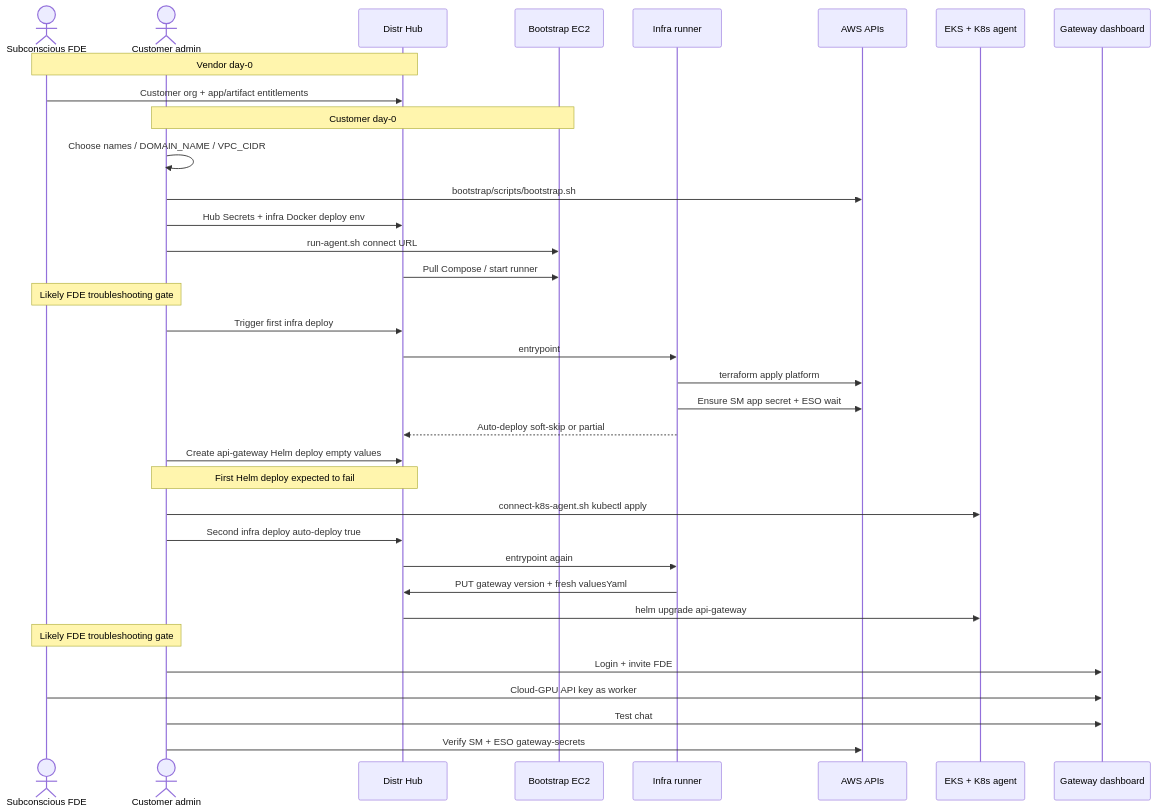
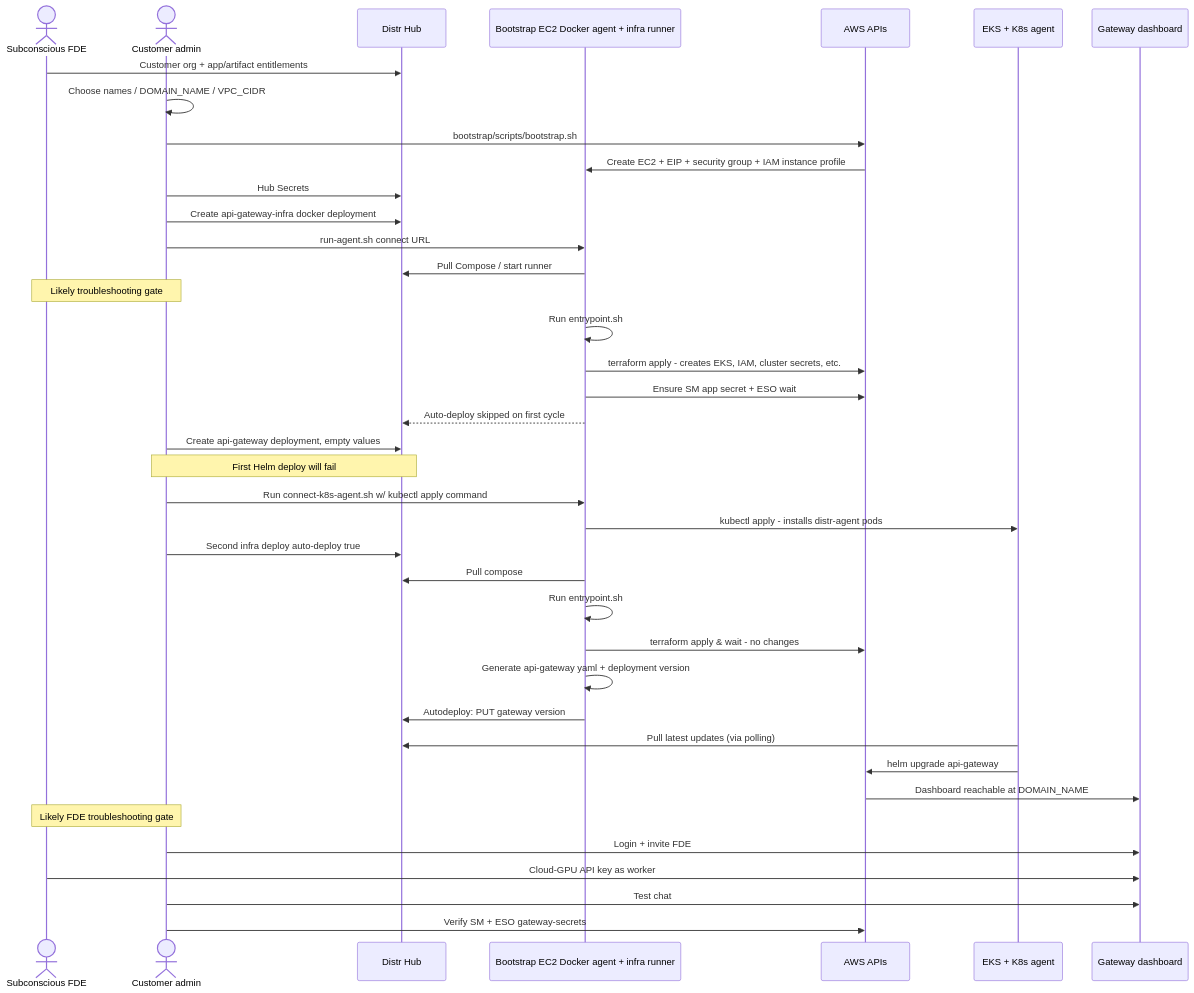
One commit to subconscious-systems/ol-runbook changed the diagram in api-gateway/aws/instructions.md. Above: the diagram before and after it, drawn with Mermaid.

Commit message:
improving the sequence diagram

````diff
--- a/api-gateway/aws/instructions.md
+++ b/api-gateway/aws/instructions.md
@@ -11,43 +11,47 @@
 ```mermaid
 sequenceDiagram
   actor FDE as Subconscious FDE
   actor Admin as Customer admin
   participant Distr as Distr Hub
-  participant Host as Bootstrap EC2
-  participant Runner as Infra runner
+  participant Host as Bootstrap EC2 Docker agent + infra runner
   participant AWS as AWS APIs
   participant EKS as EKS + K8s agent
   participant Dash as Gateway dashboard
 
-  Note over FDE,Distr: Vendor day-0
   FDE->>Distr: Customer org + app/artifact entitlements
 
-  Note over Admin,Host: Customer day-0
   Admin->>Admin: Choose names / DOMAIN_NAME / VPC_CIDR
   Admin->>AWS: bootstrap/scripts/bootstrap.sh
-  Admin->>Distr: Hub Secrets + infra Docker deploy env
+  AWS->>Host: Create EC2 + EIP + security group + IAM instance profile
+  Admin->>Distr: Hub Secrets
+  Admin->>Distr: Create api-gateway-infra docker deployment
   Admin->>Host: run-agent.sh connect URL
-  Distr->>Host: Pull Compose / start runner
-  Note over Admin,FDE: Likely FDE troubleshooting gate
+  Host->>Distr: Pull Compose / start runner
+  Note over Admin,FDE: Likely troubleshooting gate
+  Host->>Host: Run entrypoint.sh
 
-  Admin->>Distr: Trigger first infra deploy
-  Distr->>Runner: entrypoint
-  Runner->>AWS: terraform apply platform
-  Runner->>AWS: Ensure SM app secret + ESO wait
-  Runner-->>Distr: Auto-deploy soft-skip or partial
+  Host->>AWS: terraform apply - creates EKS, IAM, cluster secrets, etc.
+  Host->>AWS: Ensure SM app secret + ESO wait
+  Host-->>Distr: Auto-deploy skipped on first cycle
 
-  Admin->>Distr: Create api-gateway Helm deploy empty values
-  Note over Admin,Distr: First Helm deploy expected to fail
-  Admin->>EKS: connect-k8s-agent.sh kubectl apply
+  Admin->>Distr: Create api-gateway deployment, empty values
+  Note over Admin,Distr: First Helm deploy will fail
+  Admin->>Host: Run connect-k8s-agent.sh w/ kubectl apply command
+  Host->>EKS: kubectl apply - installs distr-agent pods
 
   Admin->>Distr: Second infra deploy auto-deploy true
-  Distr->>Runner: entrypoint again
-  Runner->>Distr: PUT gateway version + fresh valuesYaml
-  Distr->>EKS: helm upgrade api-gateway
+  Host->>Distr: Pull compose
+  Host->>Host: Run entrypoint.sh
+  Host->>AWS: terraform apply & wait - no changes
+  Host->>Host: Generate api-gateway yaml + deployment version
+  Host->>Distr: Autodeploy: PUT gateway version
+  EKS->>Distr: Pull latest updates (via polling)
+  EKS->>AWS: helm upgrade api-gateway
+  AWS->>Dash: Dashboard reachable at DOMAIN_NAME
   Note over Admin,FDE: Likely FDE troubleshooting gate
 
   Admin->>Dash: Login + invite FDE
   FDE->>Dash: Cloud-GPU API key as worker
   Admin->>Dash: Test chat
   Admin->>AWS: Verify SM + ESO gateway-secrets
 ```
````
